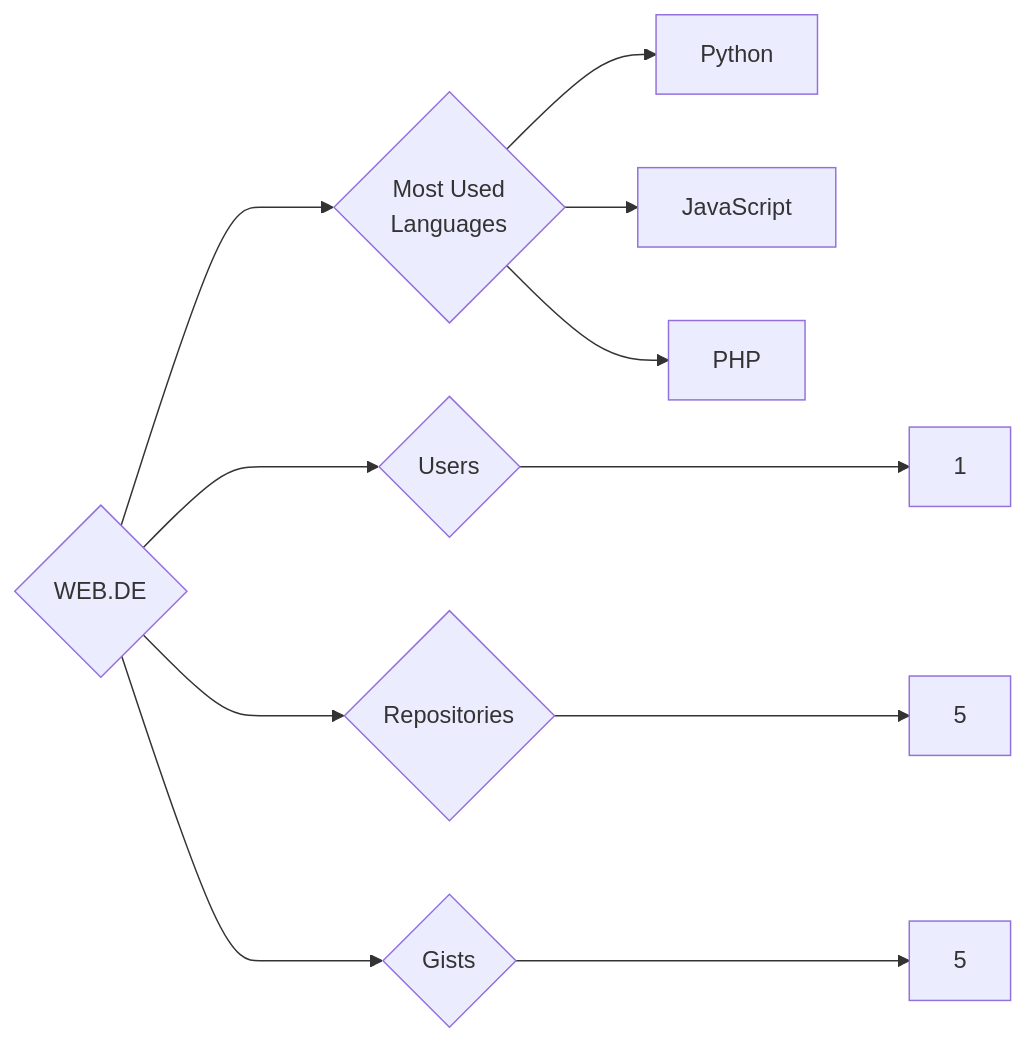
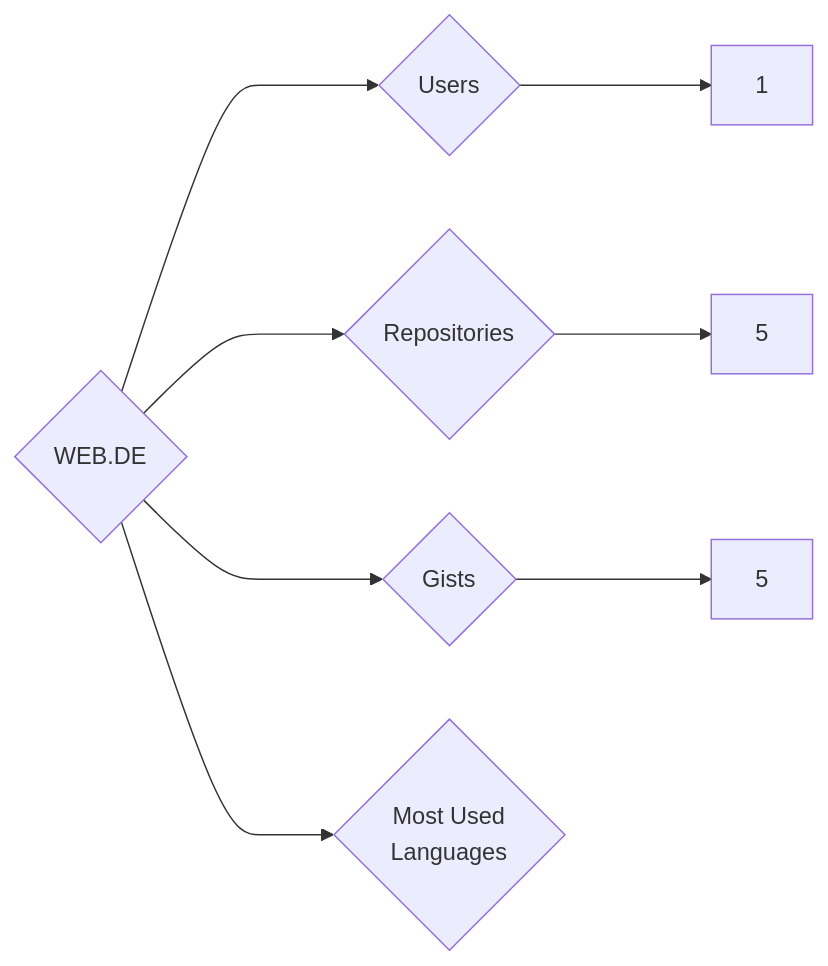
One commit to trickest/insiders changed the diagram in targets/WEB.DE/README.md. Above: the diagram before and after it, drawn with Mermaid. The commit also changed 1248 other files, not shown here.

````diff
--- a/targets/WEB.DE/README.md
+++ b/targets/WEB.DE/README.md
@@ -3,11 +3,8 @@
 ```mermaid
 graph LR
 COMPANY_NAME{WEB.DE}
 COMPANY_NAME ---> U{Users} ---> UN[1]
 COMPANY_NAME ---> R{Repositories} ---> RN[5]
 COMPANY_NAME ---> G{Gists} ---> GN[5]
 COMPANY_NAME ---> ML{Most Used<br>Languages}
-ML --> Python[Python]
-ML --> JavaScript[JavaScript]
-ML --> PHP[PHP]
 ```
````
